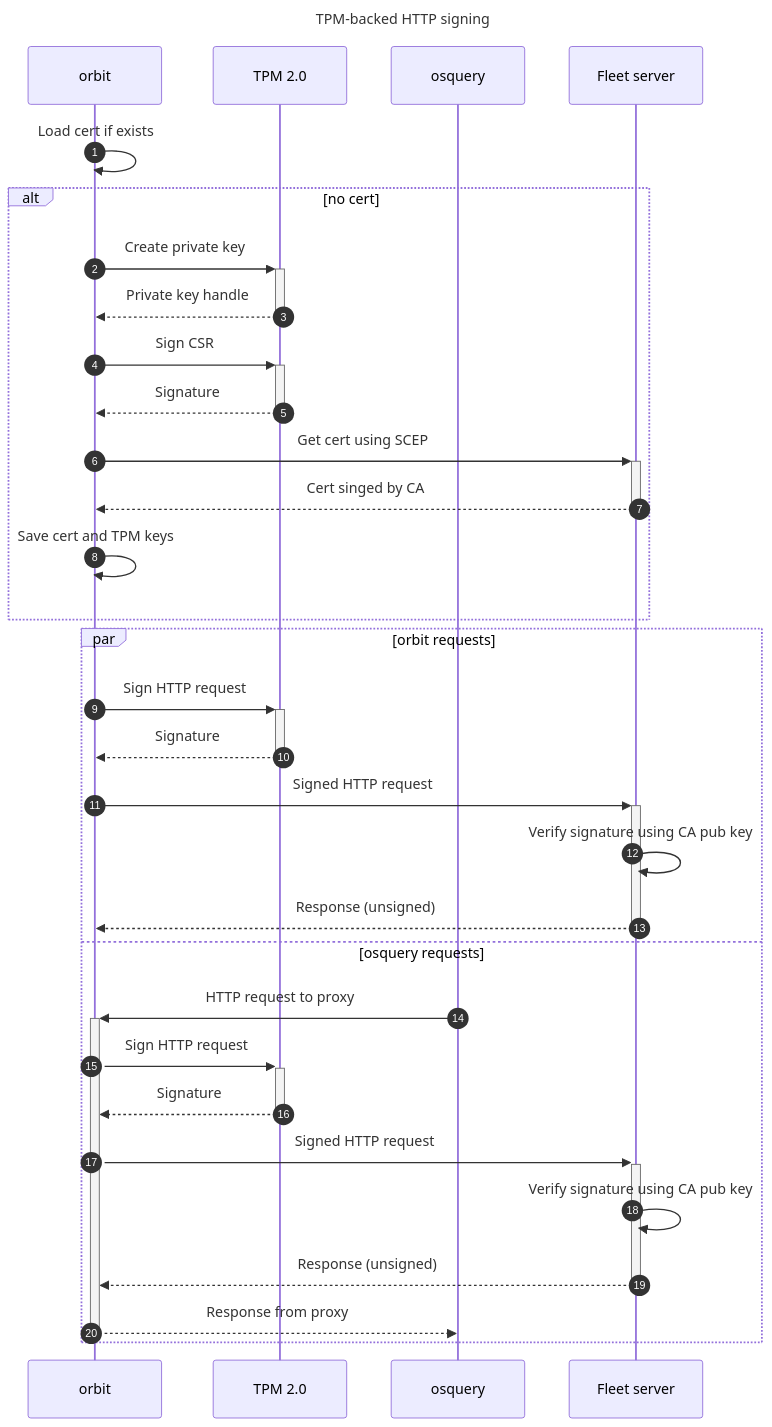
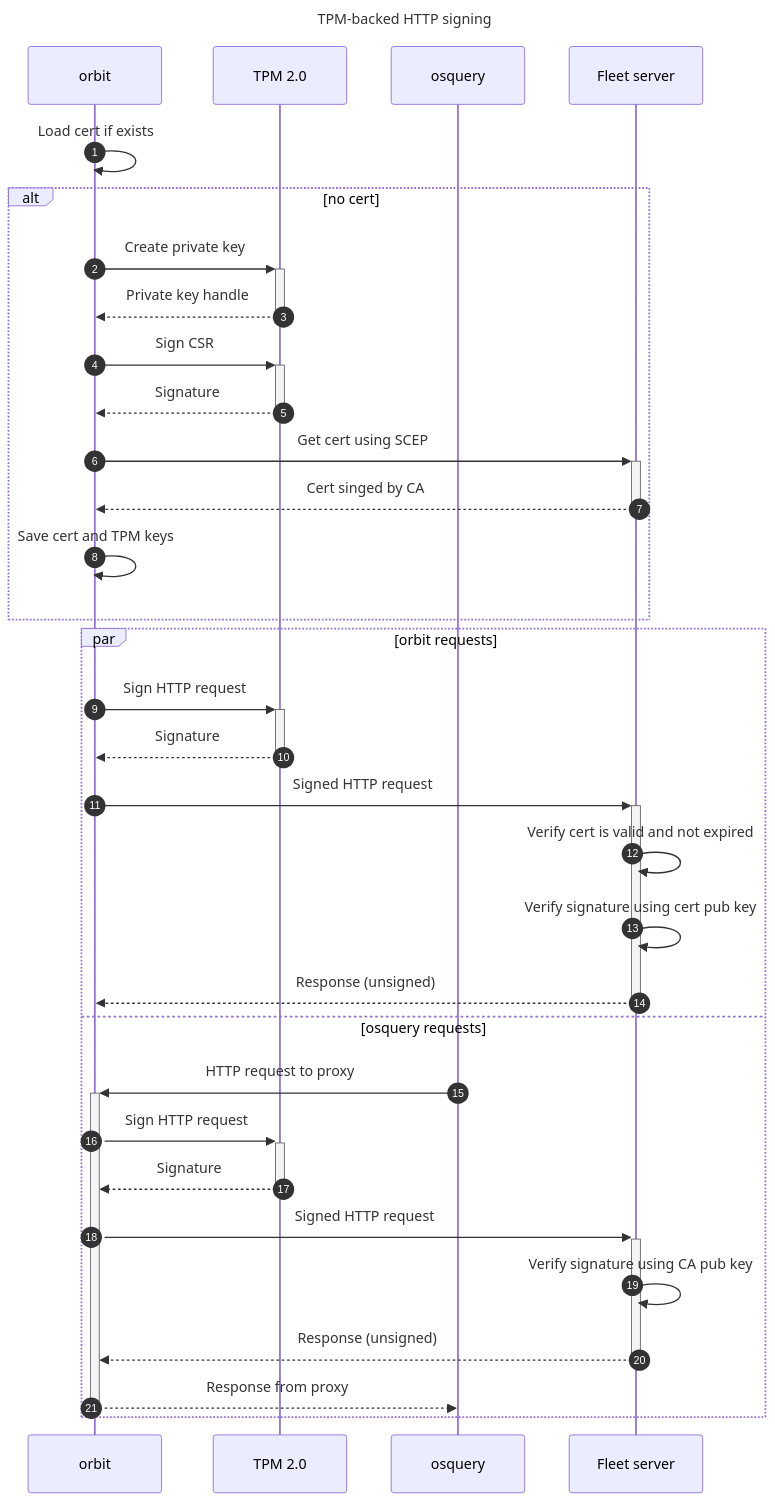
The second of 2 diagrams in docs/Contributing/product-groups/orchestration/tpm-backed-http-signing.md (fleetdm/fleet), drawn with Mermaid before and after one commit. The commit also changed other lines of this file, not shown here.

````diff
--- a/docs/Contributing/product-groups/orchestration/tpm-backed-http-signing.md
+++ b/docs/Contributing/product-groups/orchestration/tpm-backed-http-signing.md
@@ -84,36 +84,37 @@
 ```mermaid
 ---
 title: TPM-backed HTTP signing
 ---
 sequenceDiagram
     autonumber
     participant orbit
     participant tpm as TPM 2.0
     participant osquery
     participant server as Fleet server
     orbit->>orbit: Load cert if exists
     alt no cert
        orbit->>+tpm: Create private key
        tpm-->>-orbit: Private key handle
        orbit->>+tpm: Sign CSR
        tpm-->>-orbit: Signature
        orbit->>+server: Get cert using SCEP
        server-->>-orbit: Cert singed by CA
        orbit->>orbit: Save cert and TPM keys
     end
     par orbit requests
        orbit->>+tpm: Sign HTTP request
        tpm-->>-orbit: Signature
        orbit->>+server: Signed HTTP request
-       server->>server: Verify signature using CA pub key
+       server->>server: Verify cert is valid and not expired
+       server->>server: Verify signature using cert pub key
        server-->>-orbit: Response (unsigned)
     and osquery requests
        osquery->>+orbit: HTTP request to proxy
        orbit->>+tpm: Sign HTTP request
        tpm-->>-orbit: Signature
        orbit->>+server: Signed HTTP request
        server->>server: Verify signature using CA pub key
        server-->>-orbit: Response (unsigned)
        orbit-->>-osquery: Response from proxy
     end
 ```
````
